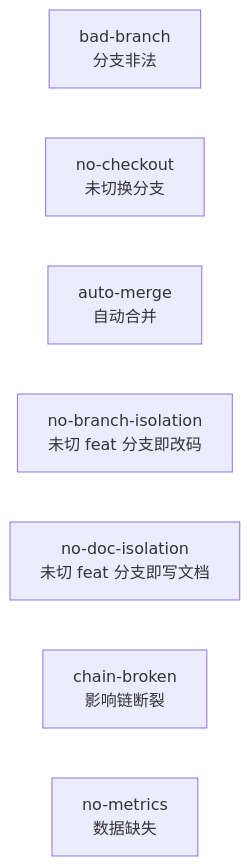
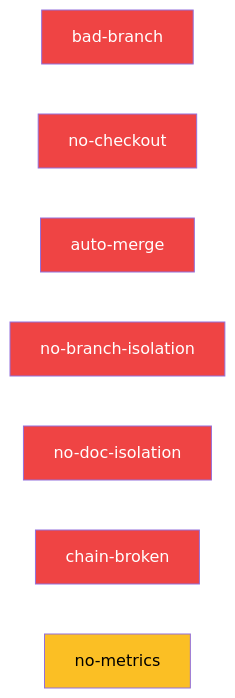
One commit to effiy/YrY changed the eighth of 9 diagrams in rules/code-pipeline.md. Above: the diagram before and after it, drawn with Mermaid. The commit also changed other lines of this file and 341 other files, not shown here.

````diff
--- a/rules/code-pipeline.md
+++ b/rules/code-pipeline.md
@@ -257,12 +262,13 @@
 ```mermaid
 flowchart LR
-    B1["bad-branch<br/>分支非法"]:::block
-    B2["no-checkout<br/>未切换分支"]:::block
-    B3["auto-merge<br/>自动合并"]:::block
-    B0["no-branch-isolation<br/>未切 feat 分支即改码"]:::block
-    B8["no-doc-isolation<br/>未切 feat 分支即写文档"]:::block
-    B5["chain-broken<br/>影响链断裂"]:::block
-    B7["no-metrics<br/>数据缺失"]:::warn
+    B1["bad-branch"]:::block
+    B2["no-checkout"]:::block
+    B3["auto-merge"]:::block
+    B0["no-branch-isolation"]:::block
+    B8["no-doc-isolation"]:::block
+    B5["chain-broken"]:::block
+    B7["no-metrics"]:::warn
 
-
+    classDef block fill:#ef4444,color:#fff
+    classDef warn fill:#fbbf24,color:#000
 ```
````
